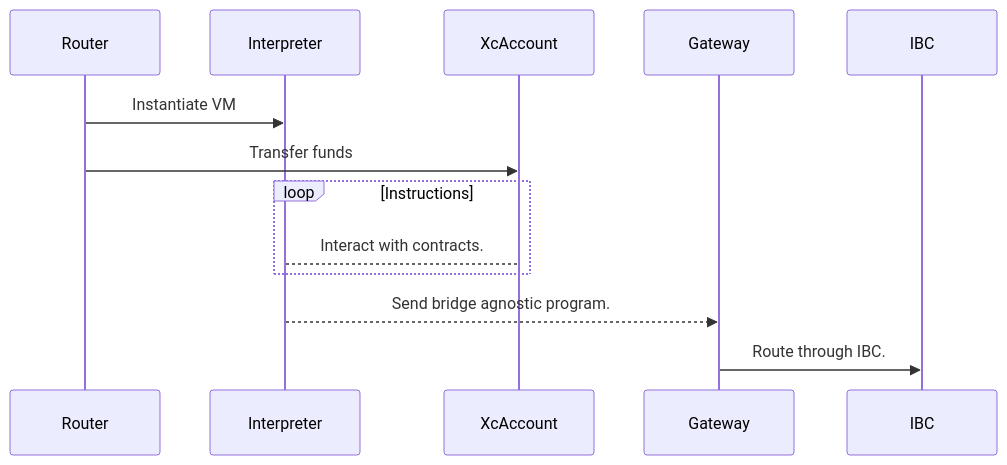
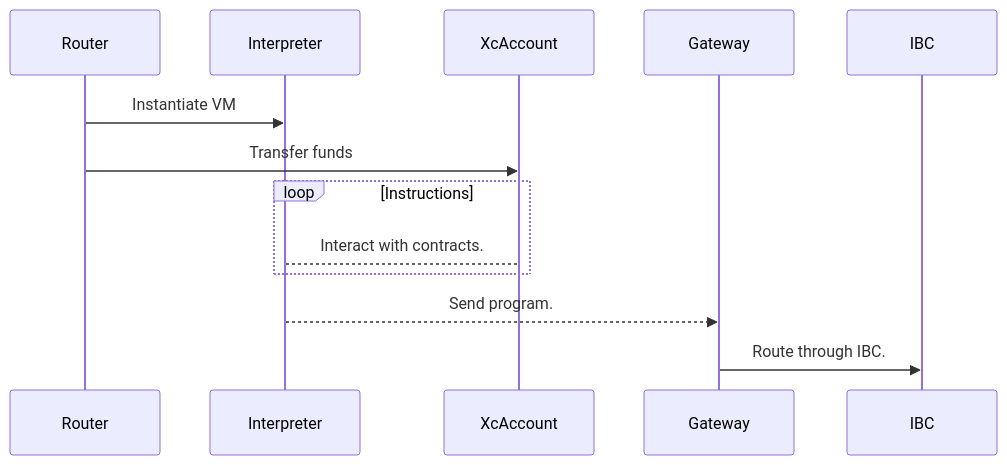
One commit to ComposableFi/composable changed the second of 4 diagrams in code/xcvm/SPEC.md. Above: the diagram before and after it, drawn with Mermaid. The commit also changed other lines of this file, not shown here.

Commit message:
removed bridge security, added transaction id, clarified more on salt, added links

````diff
--- a/code/xcvm/SPEC.md
+++ b/code/xcvm/SPEC.md
@@ -190,10 +190,10 @@
 ```mermaid
 sequenceDiagram
     Router->>Interpreter: Instantiate VM
     Router->>XcAccount: Transfer funds
     loop Instructions
         Interpreter-->XcAccount: Interact with contracts.
     end
-    Interpreter-->>Gateway: Send bridge agnostic program.
+    Interpreter-->>Gateway: Send program.
     Gateway->>IBC: Route through IBC.
 ```
````
